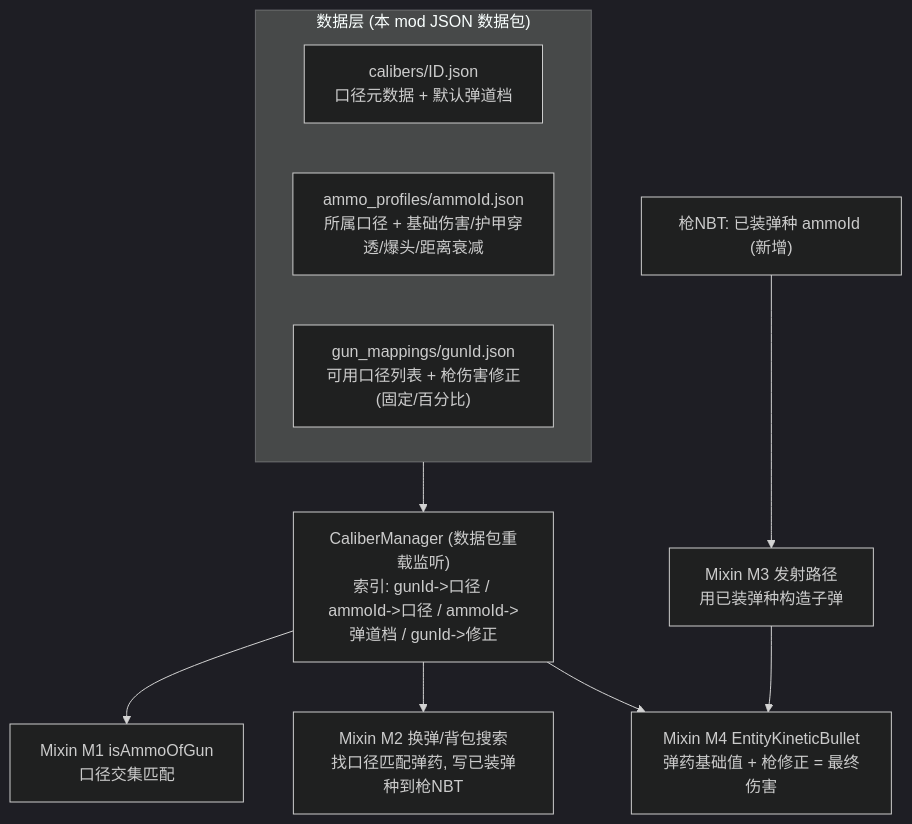
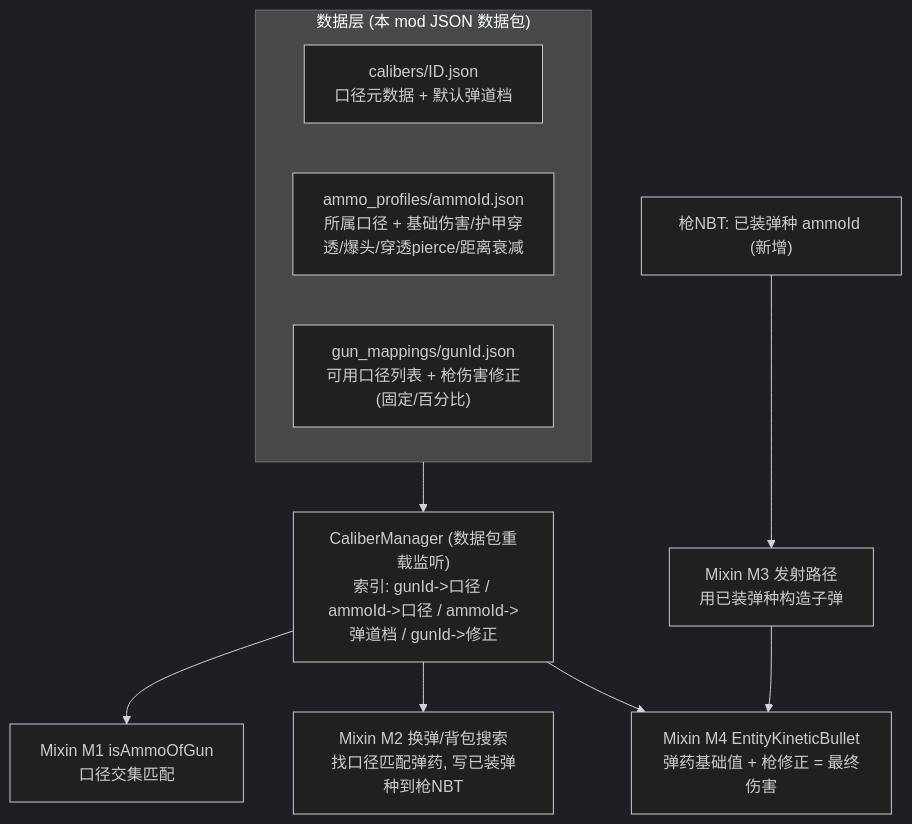
One commit to Tonywww2/Tacz-Ammo-Reload changed the diagram in docs/tacz-caliber-ammo-design.md. Above: the diagram before and after it, drawn with Mermaid (dark theme). The commit also changed other lines of this file, not shown here.

````diff
--- a/docs/tacz-caliber-ammo-design.md
+++ b/docs/tacz-caliber-ammo-design.md
@@ -36,14 +36,14 @@
 ```mermaid
 flowchart TB
   subgraph Data["数据层 (本 mod JSON 数据包)"]
     C["calibers/ID.json\n口径元数据 + 默认弹道档"]
-    AP["ammo_profiles/ammoId.json\n所属口径 + 基础伤害/护甲穿透/爆头/距离衰减"]
+    AP["ammo_profiles/ammoId.json\n所属口径 + 基础伤害/护甲穿透/爆头/穿透pierce/距离衰减"]
     GM["gun_mappings/gunId.json\n可用口径列表 + 枪伤害修正(固定/百分比)"]
   end
   Data --> CM["CaliberManager (数据包重载监听)\n索引: gunId->口径 / ammoId->口径 / ammoId->弹道档 / gunId->修正"]
   CM --> M1["Mixin M1 isAmmoOfGun\n口径交集匹配"]
   CM --> M2["Mixin M2 换弹/背包搜索\n找口径匹配弹药, 写已装弹种到枪NBT"]
   CM --> M4["Mixin M4 EntityKineticBullet\n弹药基础值 + 枪修正 = 最终伤害"]
   NBT["枪NBT: 已装弹种 ammoId (新增)"] --> M3["Mixin M3 发射路径\n用已装弹种构造子弹"]
   M3 --> M4
 ```
````
